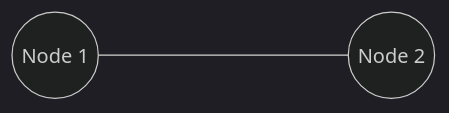
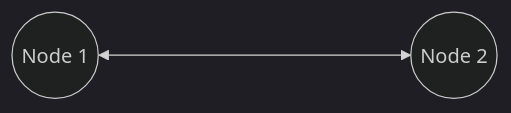
One commit to dev-hack95/notes changed the diagram in network_programming/Topologies.md. Above: the diagram before and after it, drawn with Mermaid (dark theme).

Commit message:
graph correction

````diff
--- a/network_programming/Topologies.md
+++ b/network_programming/Topologies.md
@@ -30,4 +30,4 @@
   ```mermaid
   graph LR
-      A((Node 1)) ------ B((Node 2))
+    A((Node 1)) <------> B((Node 2))
   ```
````
